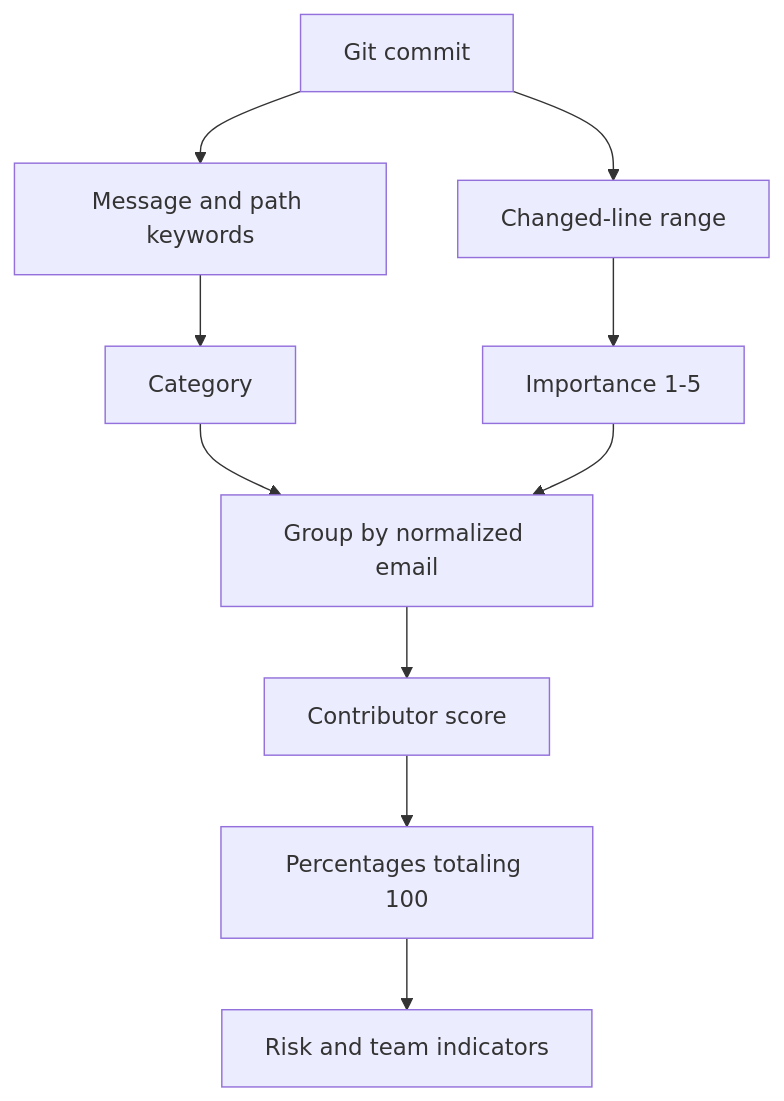
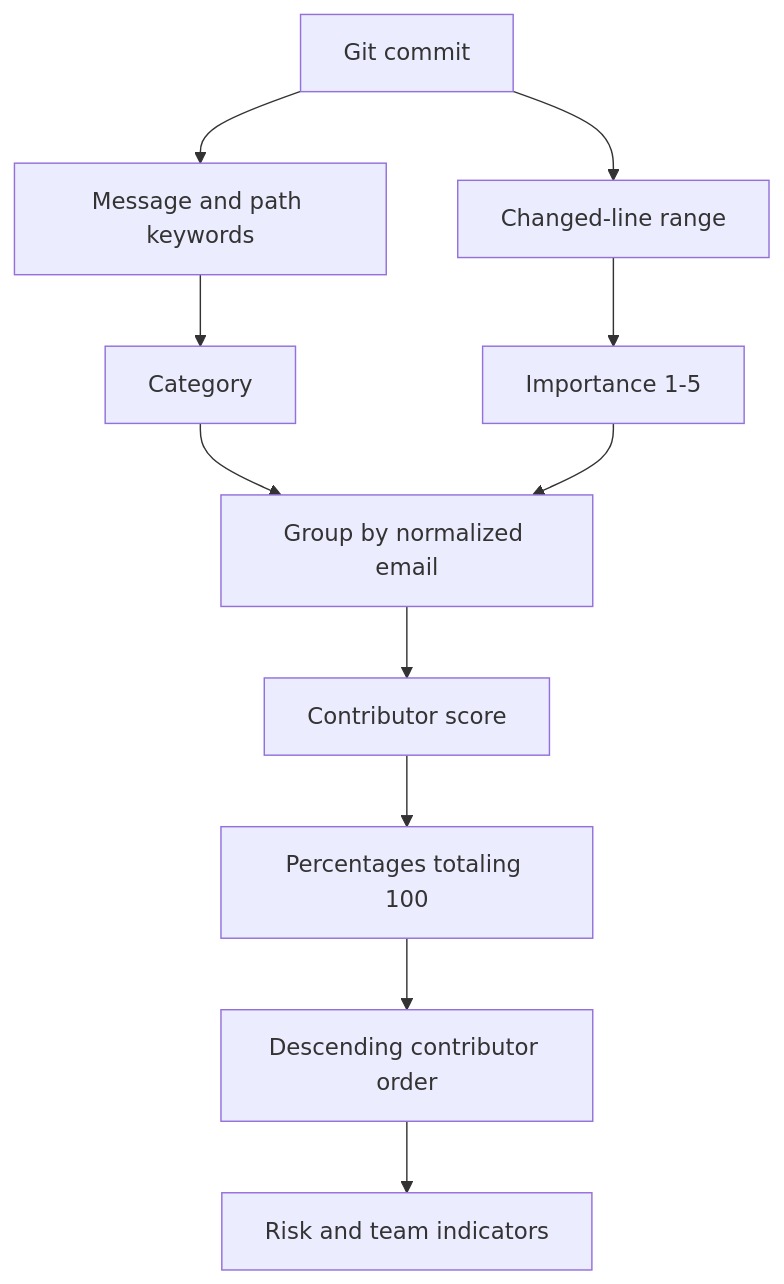
One commit to AndrejT03/git-contribution-analyzer changed the second of 3 diagrams in docs/Architecture.md. Above: the diagram before and after it, drawn with Mermaid. The commit also changed other lines of this file and 29 other files, not shown here.

````diff
--- a/docs/Architecture.md
+++ b/docs/Architecture.md
@@ -60,12 +107,13 @@
 ```mermaid
 flowchart TD
     C["Git commit"] --> K["Message and path keywords"]
     C --> N["Changed-line range"]
     K --> T["Category"]
     N --> I["Importance 1-5"]
     T --> A["Group by normalized email"]
     I --> A
     A --> S["Contributor score"]
     S --> P["Percentages totaling 100"]
-    P --> R["Risk and team indicators"]
+    P --> O["Descending contributor order"]
+    O --> R["Risk and team indicators"]
 ```
````
